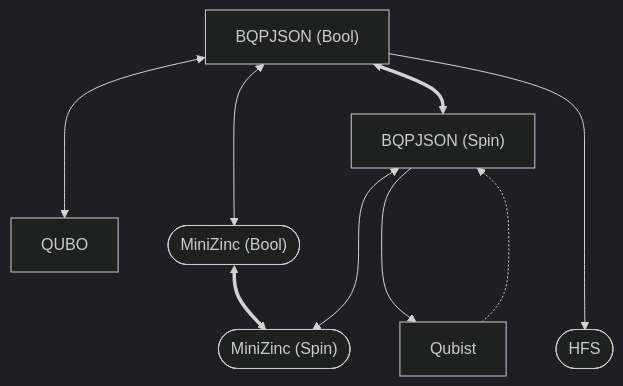
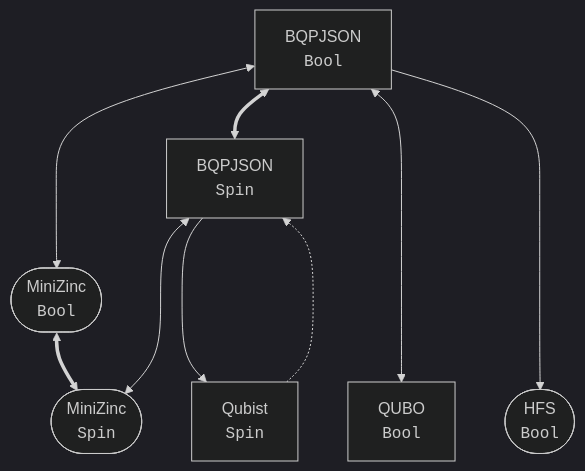
Before and after one commit to JuliaQUBO/QUBOTools.jl: the diagram in README.md, drawn with Mermaid (dark theme). The commit also changed other lines of this file, not shown here.

````diff
--- a/README.md
+++ b/README.md
@@ -46,21 +46,21 @@
 ```mermaid
 flowchart TD;
-    BQPJSON-BOOL["BQPJSON (Bool)"];
-    BQPJSON-SPIN["BQPJSON (Spin)"];
-    QUBO["QUBO"];
-    QUBIST["Qubist"];
-    MINIZINC-BOOL(["MiniZinc (Bool)"]);
-    MINIZINC-SPIN(["MiniZinc (Spin)"]);
-    HFS(["HFS"]);
+    BQPJSON-BOOL["BQPJSON<br><code>Bool</code>"];
+    BQPJSON-SPIN["BQPJSON<br><code>Spin</code>"];
+    QUBO["QUBO<br><code>Bool</code>"];
+    QUBIST["Qubist<br><code>Spin</code>"];
+    MINIZINC-BOOL(["MiniZinc<br><code>Bool</code>"]);
+    MINIZINC-SPIN(["MiniZinc<br><code>Spin</code>"]);
+    HFS(["HFS<br><code>Bool</code>"]);
 
     BQPJSON-BOOL  <==> BQPJSON-SPIN;
     MINIZINC-BOOL <==> MINIZINC-SPIN;
 
     BQPJSON-BOOL <---> MINIZINC-BOOL;
-    BQPJSON-BOOL <---> QUBO;
+    BQPJSON-BOOL <----> QUBO;
     BQPJSON-BOOL ---->  HFS;
 
     BQPJSON-SPIN <---> MINIZINC-SPIN;
     BQPJSON-SPIN  --->  QUBIST;
     QUBIST       -..->  BQPJSON-SPIN;
 ```
````
